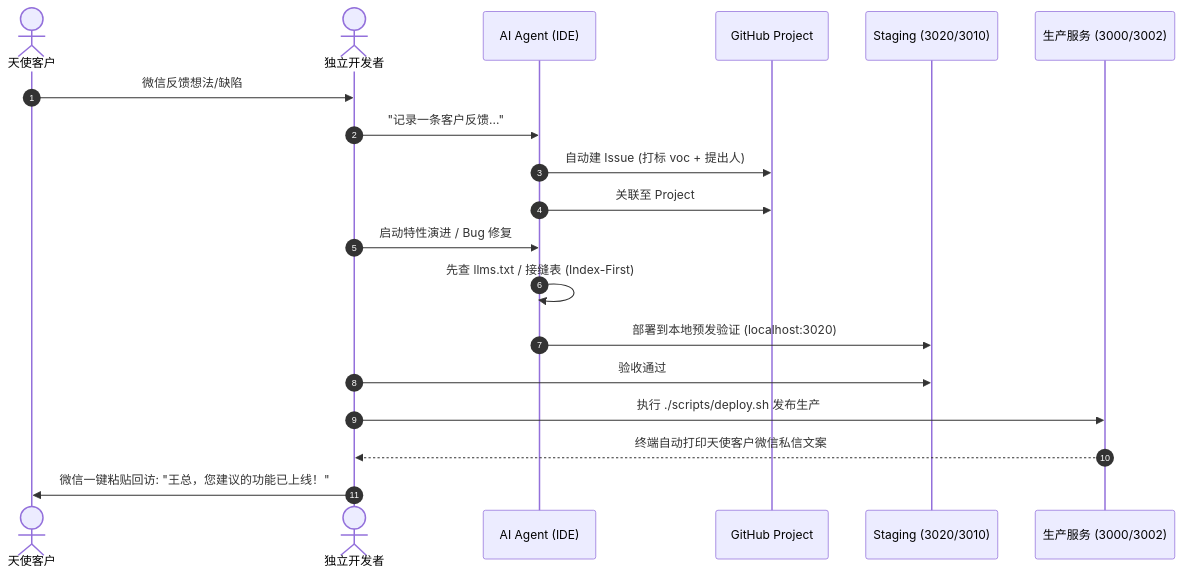
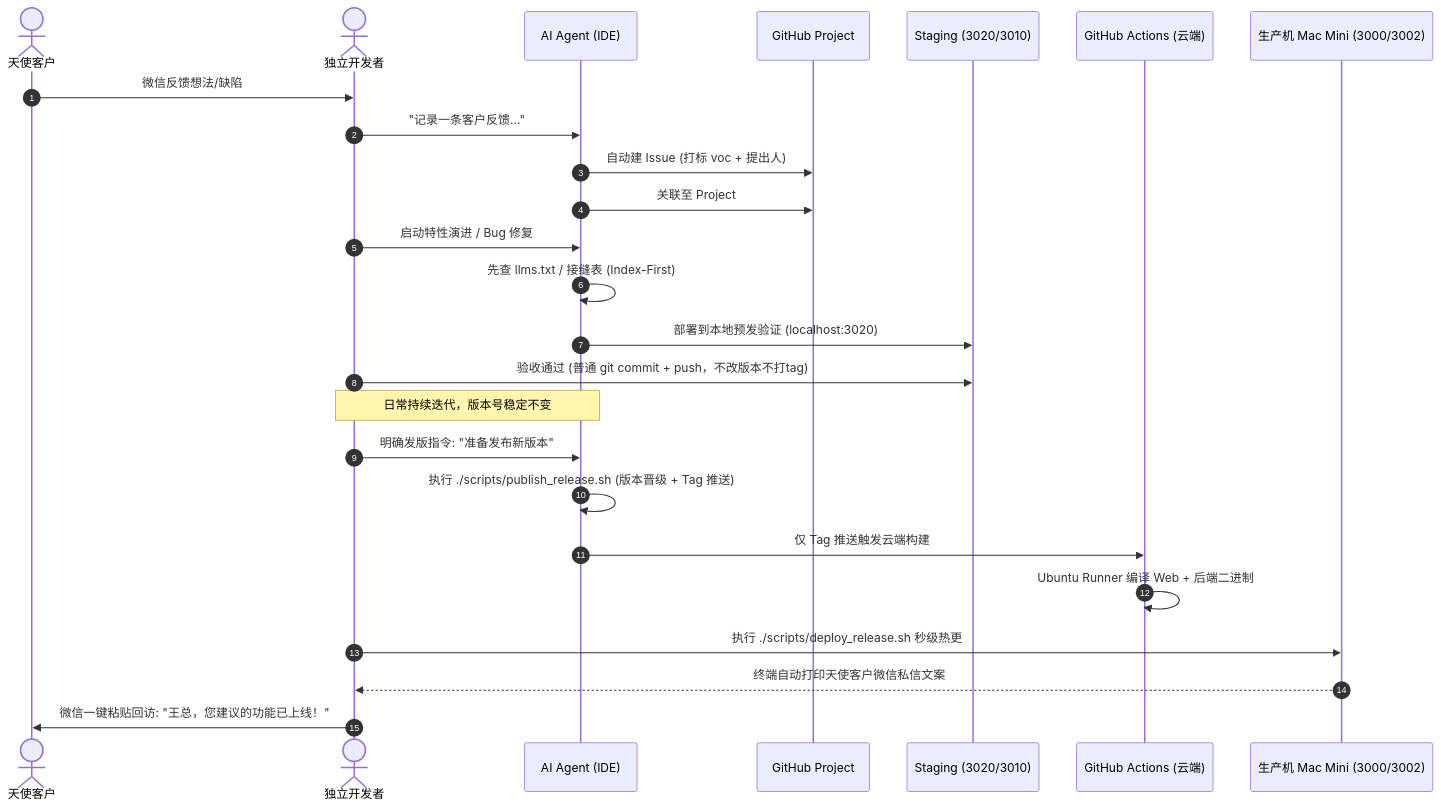
The diagram in skills/project-studio/WHITE_PAPER.md (JasonCry/my-ai-brain), drawn with Mermaid before and after one commit. The commit also changed other lines of this file and 3 other files, not shown here.

````diff
--- a/skills/project-studio/WHITE_PAPER.md
+++ b/skills/project-studio/WHITE_PAPER.md
@@ -117,22 +129,28 @@
 ```mermaid
 sequenceDiagram
     autonumber
     actor C as 天使客户
     actor D as 独立开发者
     participant AI as AI Agent (IDE)
     participant GH as GitHub Project #1
     participant S as Staging (3020/3010)
-    participant P as 生产服务 (3000/3002)
+    participant GA as GitHub Actions (云端)
+    participant P as 生产机 Mac Mini (3000/3002)
 
     C->>D: 微信反馈想法/缺陷
     D->>AI: "记录一条客户反馈..."
     AI->>GH: 自动建 Issue (打标 voc + 提出人)
     AI->>GH: 关联至 Project #1 看板
     D->>AI: 启动特性演进 / Bug 修复
     AI->>AI: 先查 llms.txt / 接缝表 (Index-First)
     AI->>S: 部署到本地预发验证 (localhost:3020)
-    D->>S: 验收通过
-    D->>P: 执行 ./scripts/deploy.sh 发布生产
+    D->>S: 验收通过 (普通 git commit + push，不改版本不打tag)
+    Note over D,AI: 日常持续迭代，版本号稳定不变
+    D->>AI: 明确发版指令: "准备发布新版本"
+    AI->>AI: 执行 ./scripts/publish_release.sh (版本晋级 + Tag 推送)
+    AI->>GA: 仅 Tag 推送触发云端构建
+    GA->>GA: Ubuntu Runner 编译 Web + 后端二进制
+    D->>P: 执行 ./scripts/deploy_release.sh 秒级热更
     P-->>D: 终端自动打印天使客户微信私信文案
     D->>C: 微信一键粘贴回访: "王总，您建议的功能已上线！"
 ```
````
